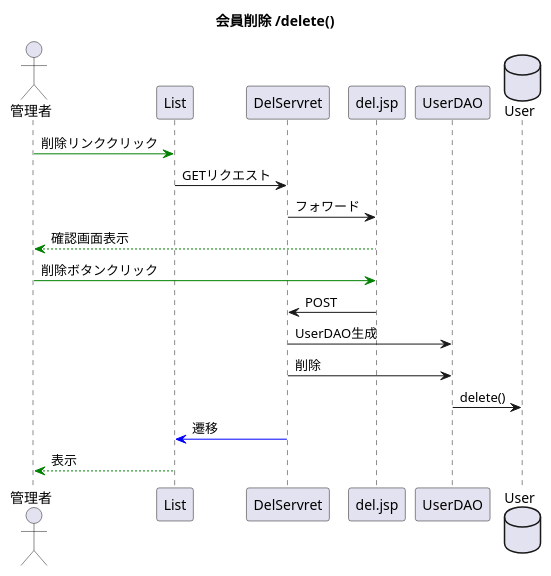
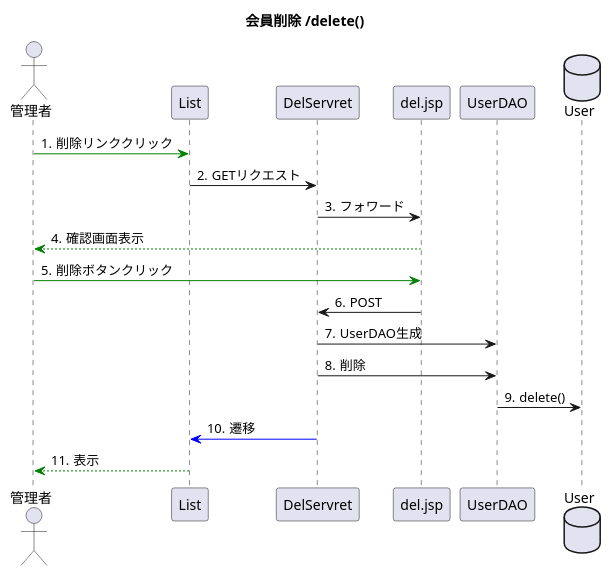
One commit to toufu66/ProjectC changed the diagram in uml_detail/seq_del.pu. Above: the diagram before and after it, drawn with PlantUML.

Commit message:
削除シーケンス詳細追記

```diff
--- a/uml_detail/seq_del.pu
+++ b/uml_detail/seq_del.pu
@@ -1,18 +1,19 @@
 @startuml
 title 会員削除 /delete()
+autonumber "#."
 actor 管理者
 database User
 
 管理者 -[#green]> List:削除リンククリック
 List ->DelServret:GETリクエスト
 DelServret -> del.jsp:フォワード
 del.jsp --[#green]> 管理者:確認画面表示
 管理者 -[#green]> del.jsp:削除ボタンクリック
 del.jsp -> DelServret:POST
 DelServret -> UserDAO:UserDAO生成
 DelServret -> UserDAO:削除
 UserDAO -> User:delete()
 DelServret-[#blue]> List:遷移
 List --[#green]> 管理者:表示
 database User
 @enduml
```
